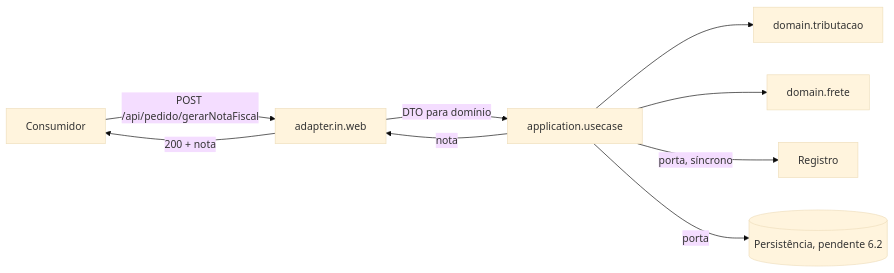
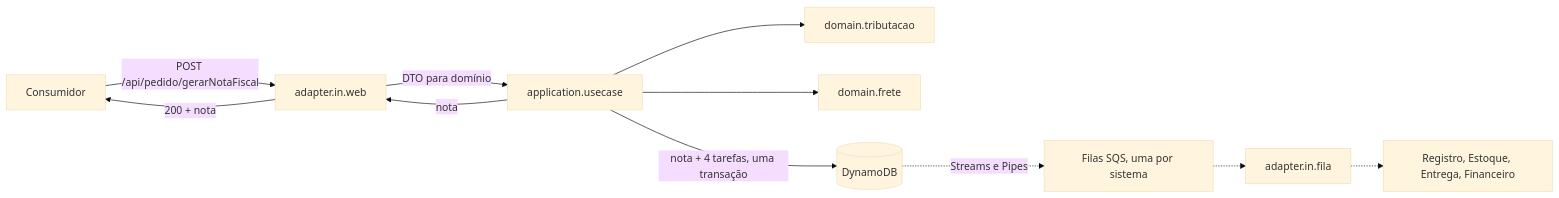
One commit to jorgekamezawa/case-nota-fiscal changed the second of 2 diagrams in docs/03-engenharia/rfc/0001-modernizacao-gerador-nota-fiscal.md. Above: the diagram before and after it, drawn with Mermaid (base theme). The commit also changed other lines of this file and 10 other files, not shown here.

````diff
--- a/docs/03-engenharia/rfc/0001-modernizacao-gerador-nota-fiscal.md
+++ b/docs/03-engenharia/rfc/0001-modernizacao-gerador-nota-fiscal.md
@@ -151,11 +155,13 @@
 ```mermaid
 flowchart LR
     C[Consumidor] -->|POST /api/pedido/gerarNotaFiscal| W[adapter.in.web]
     W -->|DTO para domínio| U[application.usecase]
     U --> T[domain.tributacao]
     U --> F[domain.frete]
-    U -->|porta, síncrono| R[Registro]
-    U -->|porta| P[(Persistência, pendente 6.2)]
+    U -->|nota + 4 tarefas, uma transação| D[(DynamoDB)]
     U -->|nota| W
     W -->|200 + nota| C
+    D -.->|Streams e Pipes| Q[Filas SQS, uma por sistema]
+    Q -.-> P[adapter.in.fila]
+    P -.-> X[Registro, Estoque, Entrega, Financeiro]
 ```
````
